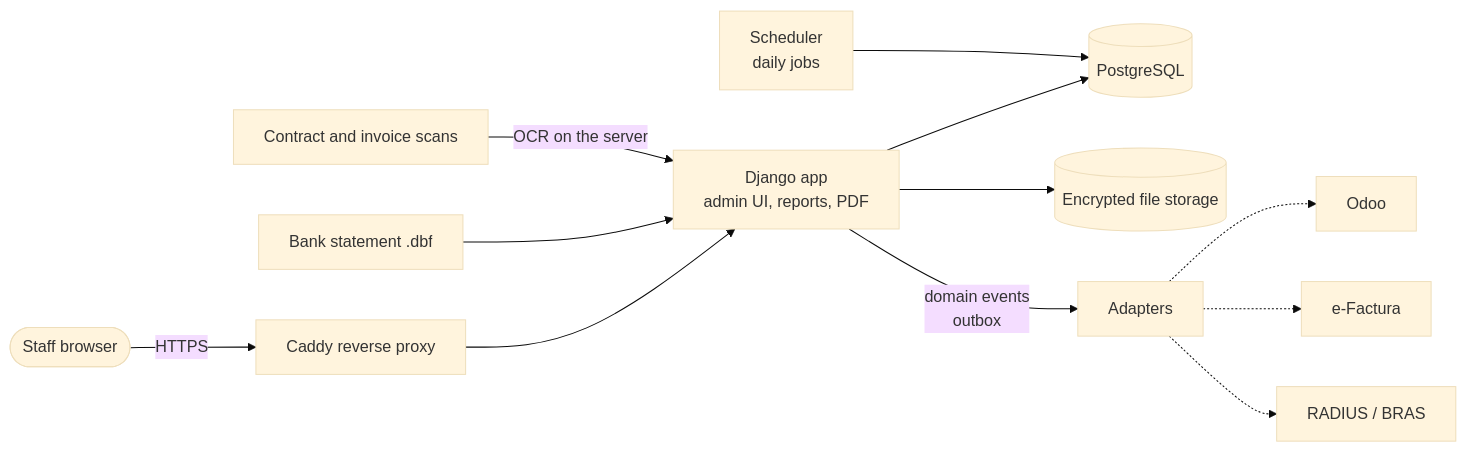
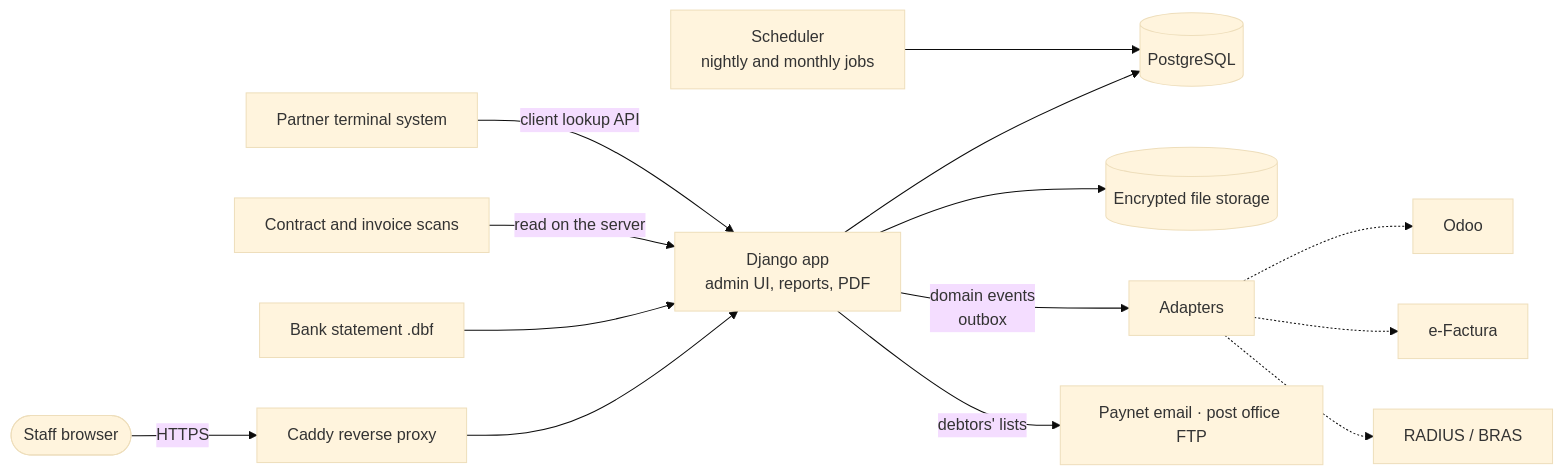
The diagram in README.md (Madly222/network_billing), drawn with Mermaid (base theme) before and after one commit. The commit also changed other lines of this file and 2 other files, not shown here.

````diff
--- a/README.md
+++ b/README.md
@@ -94,14 +133,16 @@
 ```mermaid
 flowchart LR
   staff([Staff browser]) -->|HTTPS| proxy[Caddy reverse proxy]
   proxy --> app[Django app<br/>admin UI, reports, PDF]
   app --> db[(PostgreSQL)]
   app --> files[(Encrypted file storage)]
-  scheduler[Scheduler<br/>daily jobs] --> db
+  scheduler[Scheduler<br/>nightly and monthly jobs] --> db
   app -->|domain events<br/>outbox| adapters[Adapters]
   adapters -.-> odoo[Odoo]
   adapters -.-> efactura[e-Factura]
   adapters -.-> radius[RADIUS / BRAS]
   bank[Bank statement .dbf] --> app
-  scans[Contract and invoice scans] -->|OCR on the server| app
+  scans[Contract and invoice scans] -->|read on the server| app
+  app -->|debtors' lists| partners[Paynet email · post office FTP]
+  terminals[Partner terminal system] -->|client lookup API| app
 ```
````
